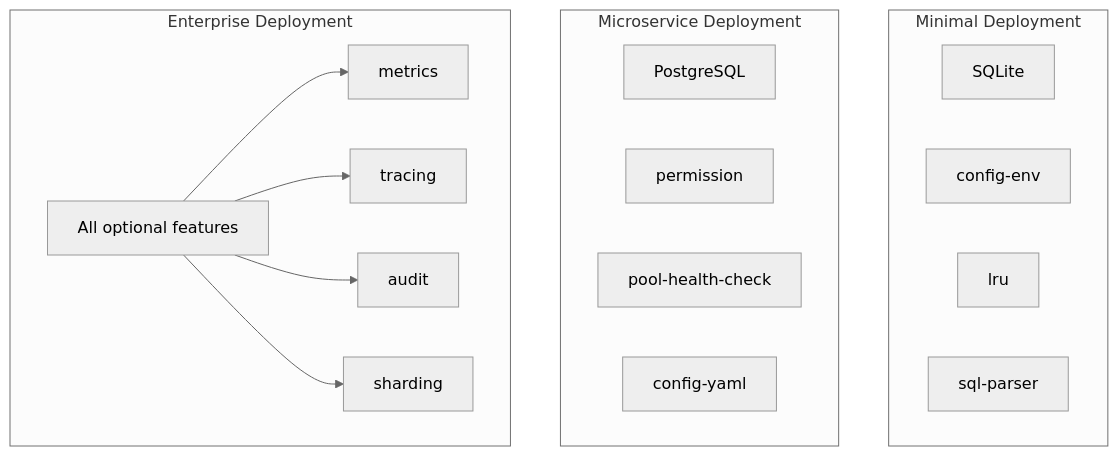
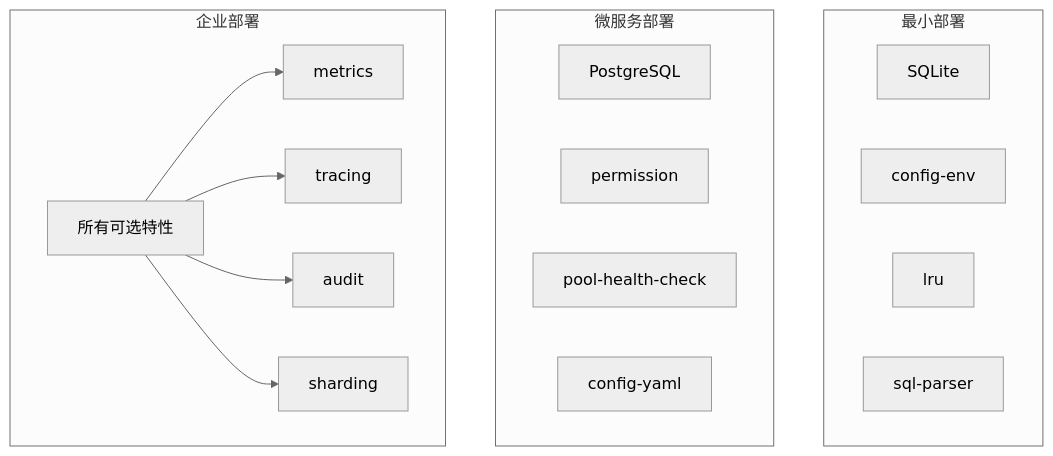
Before and after one commit to Kirky-X/dbnexus: diagram 15 of 15 in docs/ARCHITECTURE.md, drawn with Mermaid (neutral theme). The commit also changed other lines of this file and 2 other files, not shown here.

````diff
--- a/docs/ARCHITECTURE.md
+++ b/docs/ARCHITECTURE.md
@@ -885,29 +885,29 @@
 ```mermaid
 graph TD
-    subgraph Minimal["Minimal Deployment"]
+    subgraph Minimal["最小部署"]
         SQLite[SQLite]
         config_env[config-env]
         lru[lru]
         sql_parser[sql-parser]
     end
 
-    subgraph Microservice["Microservice Deployment"]
+    subgraph Microservice["微服务部署"]
         PostgreSQL[PostgreSQL]
         permission[permission]
         pool_health_check[pool-health-check]
         config_yaml[config-yaml]
     end
 
-    subgraph Enterprise["Enterprise Deployment"]
-        AllFeatures[All optional features]
+    subgraph Enterprise["企业部署"]
+        AllFeatures[所有可选特性]
         metrics[metrics]
         tracing[tracing]
         audit[audit]
         sharding[sharding]
     end
 
     AllFeatures --> metrics
     AllFeatures --> tracing
     AllFeatures --> audit
     AllFeatures --> sharding
 ```
````
